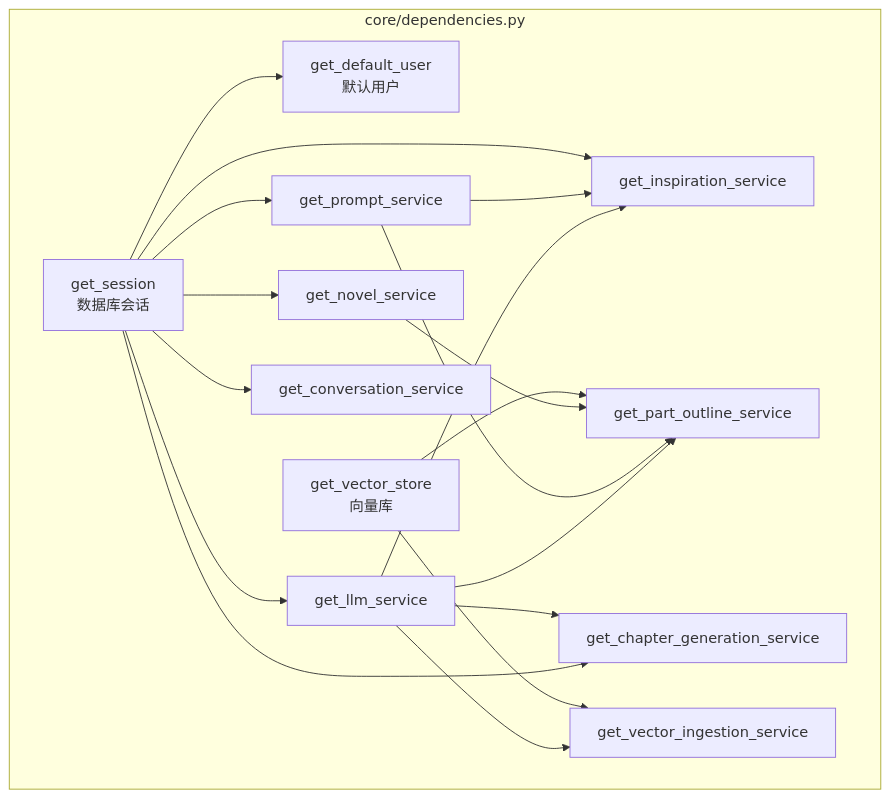
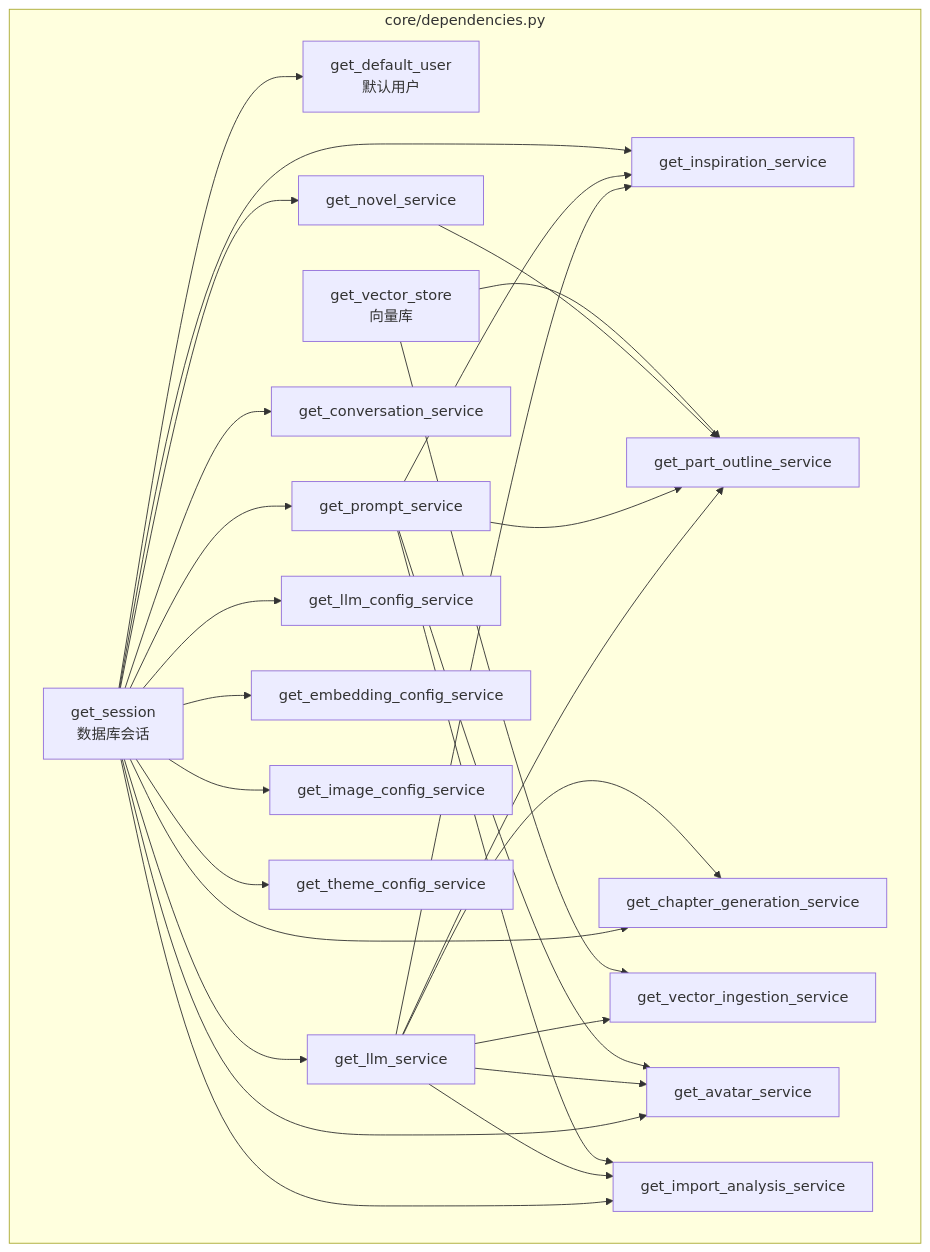
One commit to GTJasonMK/AFN changed diagram 13 of 13 in docs/ARCHITECTURE.md. Above: the diagram before and after it, drawn with Mermaid. The commit also changed other lines of this file and 252 other files, not shown here.

````diff
--- a/docs/ARCHITECTURE.md
+++ b/docs/ARCHITECTURE.md
@@ -1261,38 +1607,57 @@
 ```mermaid
 graph TB
     subgraph Dependencies["core/dependencies.py"]
         GS[get_session<br/>数据库会话]
         GDU[get_default_user<br/>默认用户]
         GVS[get_vector_store<br/>向量库]
 
         GNS[get_novel_service]
         GLS[get_llm_service]
         GPS[get_prompt_service]
         GCS[get_conversation_service]
         GIS[get_inspiration_service]
         GPOS[get_part_outline_service]
         GCGS[get_chapter_generation_service]
         GVIS[get_vector_ingestion_service]
+        GAVS[get_avatar_service]
+        GIAS[get_import_analysis_service]
+        GLCS[get_llm_config_service]
+        GECS[get_embedding_config_service]
+        GICS[get_image_config_service]
+        GTCS[get_theme_config_service]
     end
 
     GS --> GDU
     GS --> GNS
     GS --> GLS
     GS --> GPS
     GS --> GCS
 
     GLS --> GIS
     GPS --> GIS
     GS --> GIS
 
     GLS --> GPOS
     GPS --> GPOS
     GNS --> GPOS
     GVS --> GPOS
 
     GS --> GCGS
     GLS --> GCGS
 
     GLS --> GVIS
     GVS --> GVIS
+
+    GS --> GAVS
+    GLS --> GAVS
+    GPS --> GAVS
+
+    GS --> GIAS
+    GLS --> GIAS
+    GPS --> GIAS
+
+    GS --> GLCS
+    GS --> GECS
+    GS --> GICS
+    GS --> GTCS
 ```
````
